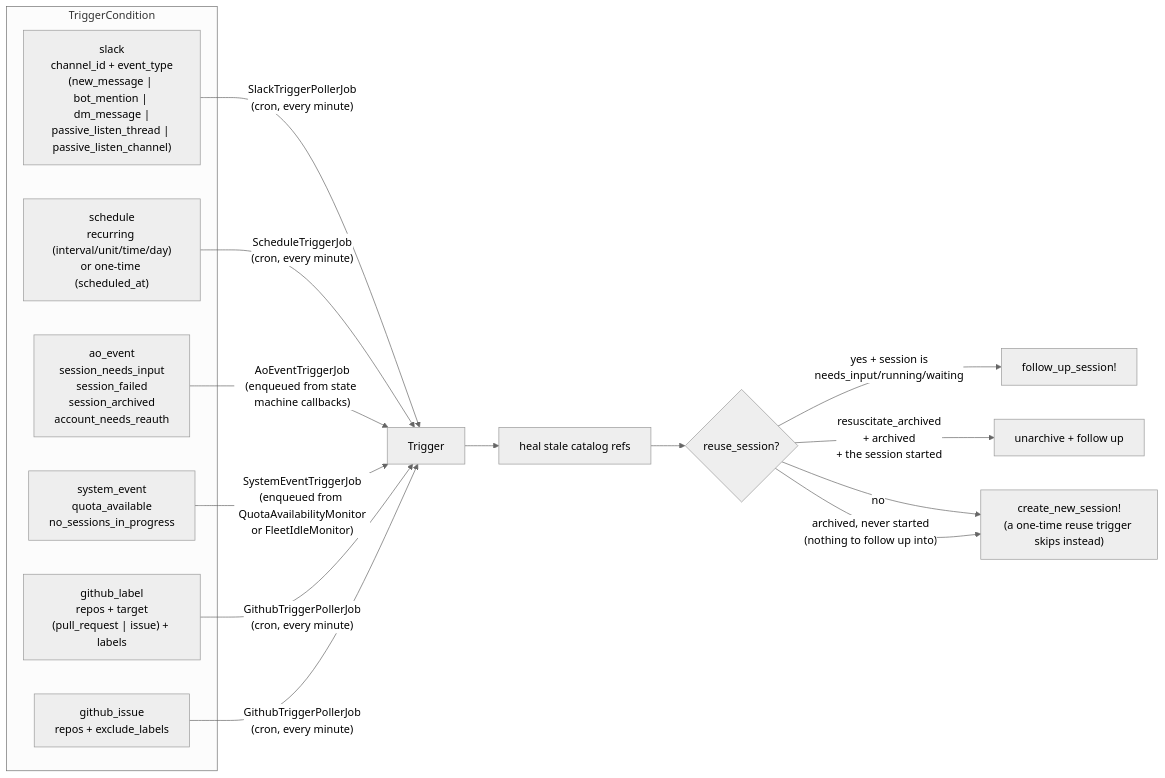
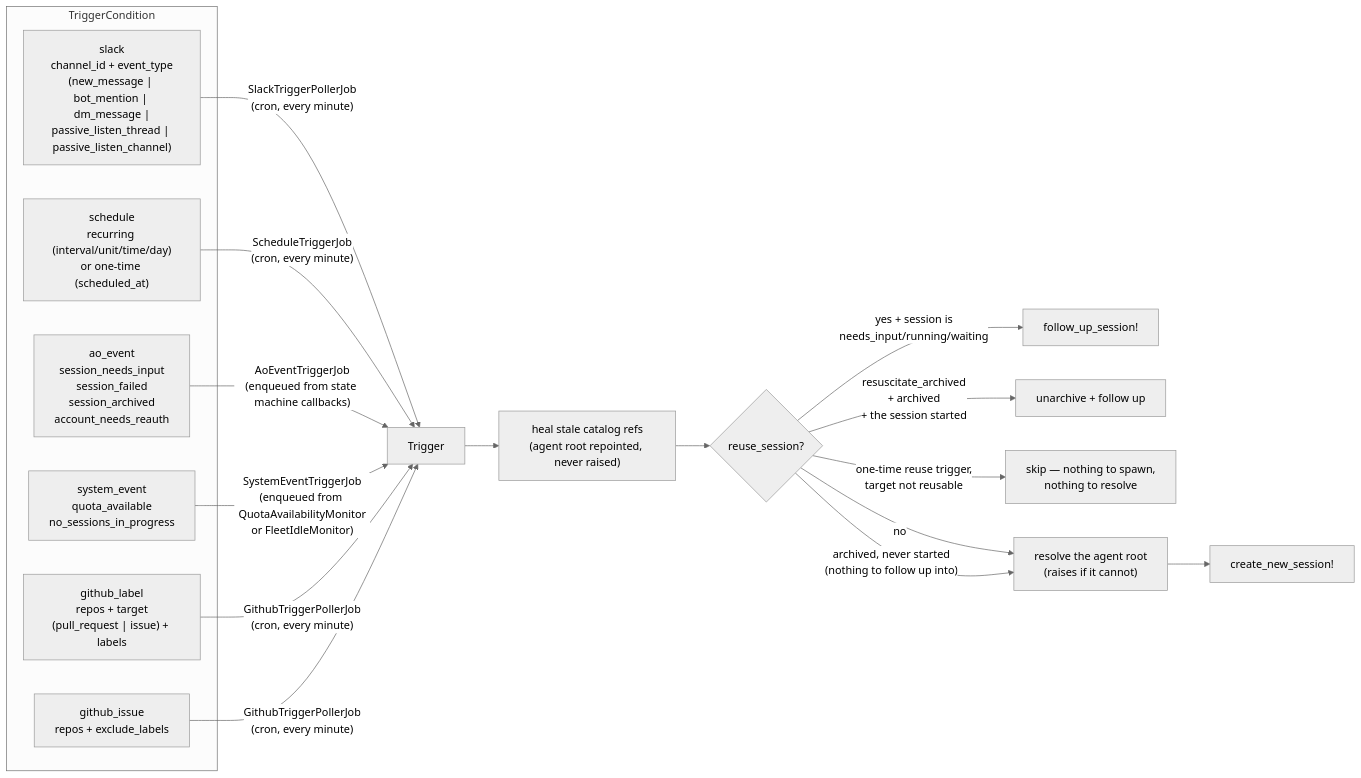
Before and after one commit to tadasant/zimmer: the first of 2 diagrams in docs/src/content/docs/sessions/triggers.md, drawn with Mermaid (neutral theme). The commit also changed other lines of this file and 5 other files, not shown here.

First line of the commit message:
fix(triggers): defer the agent-root raise to the spawn path so a wake can't brick itself (#600) (#834)

````diff
--- a/docs/src/content/docs/sessions/triggers.md
+++ b/docs/src/content/docs/sessions/triggers.md
@@ -15,25 +15,27 @@
 ```mermaid
 flowchart LR
     subgraph conditions["TriggerCondition"]
         SL["slack<br/>channel_id + event_type<br/>(new_message | bot_mention | dm_message |<br/>passive_listen_thread | passive_listen_channel)"]
         SC["schedule<br/>recurring (interval/unit/time/day)<br/>or one-time (scheduled_at)"]
         AO["ao_event<br/>session_needs_input<br/>session_failed<br/>session_archived<br/>account_needs_reauth"]
         SE["system_event<br/>quota_available<br/>no_sessions_in_progress"]
         GL["github_label<br/>repos + target<br/>(pull_request | issue) + labels"]
         GI["github_issue<br/>repos + exclude_labels"]
     end
 
     SL -->|"SlackTriggerPollerJob<br/>(cron, every minute)"| T["Trigger"]
     SC -->|"ScheduleTriggerJob<br/>(cron, every minute)"| T
     AO -->|"AoEventTriggerJob<br/>(enqueued from state machine callbacks)"| T
     SE -->|"SystemEventTriggerJob<br/>(enqueued from QuotaAvailabilityMonitor<br/>or FleetIdleMonitor)"| T
     GL -->|"GithubTriggerPollerJob<br/>(cron, every minute)"| T
     GI -->|"GithubTriggerPollerJob<br/>(cron, every minute)"| T
 
-    T --> H["heal stale catalog refs"]
+    T --> H["heal stale catalog refs<br/>(agent root repointed, never raised)"]
     H --> D{"reuse_session?"}
     D -->|"yes + session is<br/>needs_input/running/waiting"| FU["follow_up_session!"]
     D -->|"resuscitate_archived<br/>+ archived<br/>+ the session started"| RS["unarchive + follow up"]
-    D -->|no| NEW["create_new_session!<br/>(a one-time reuse trigger skips instead)"]
-    D -->|"archived, never started<br/>(nothing to follow up into)"| NEW
+    D -->|"one-time reuse trigger,<br/>target not reusable"| SK["skip — nothing to spawn,<br/>nothing to resolve"]
+    D -->|no| HR["resolve the agent root<br/>(raises if it cannot)"]
+    D -->|"archived, never started<br/>(nothing to follow up into)"| HR
+    HR --> NEW["create_new_session!"]
 ```
````
